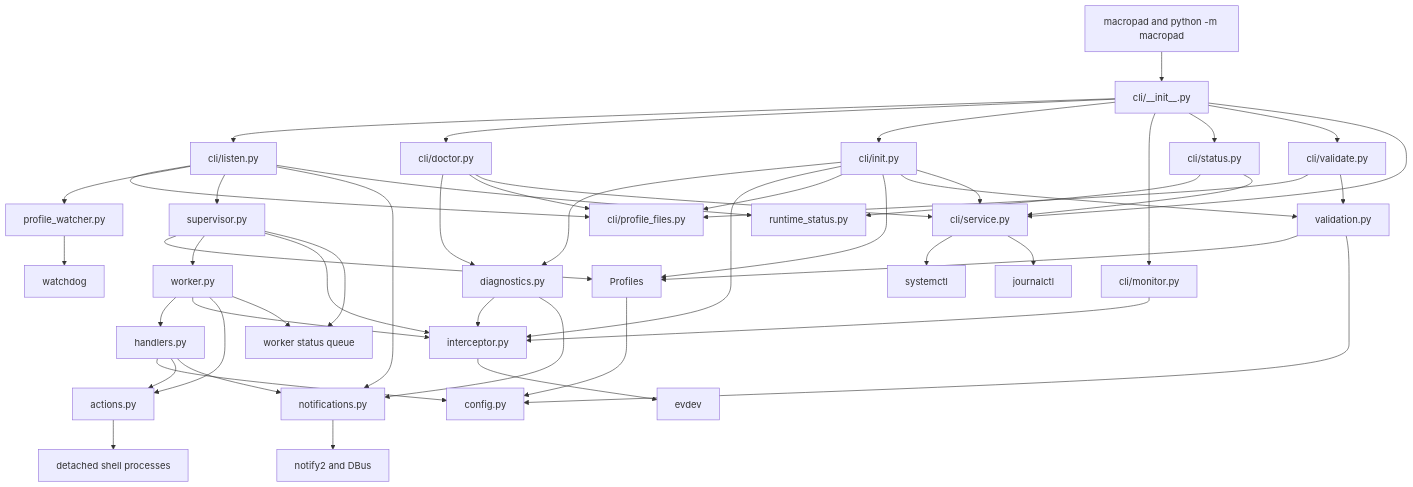
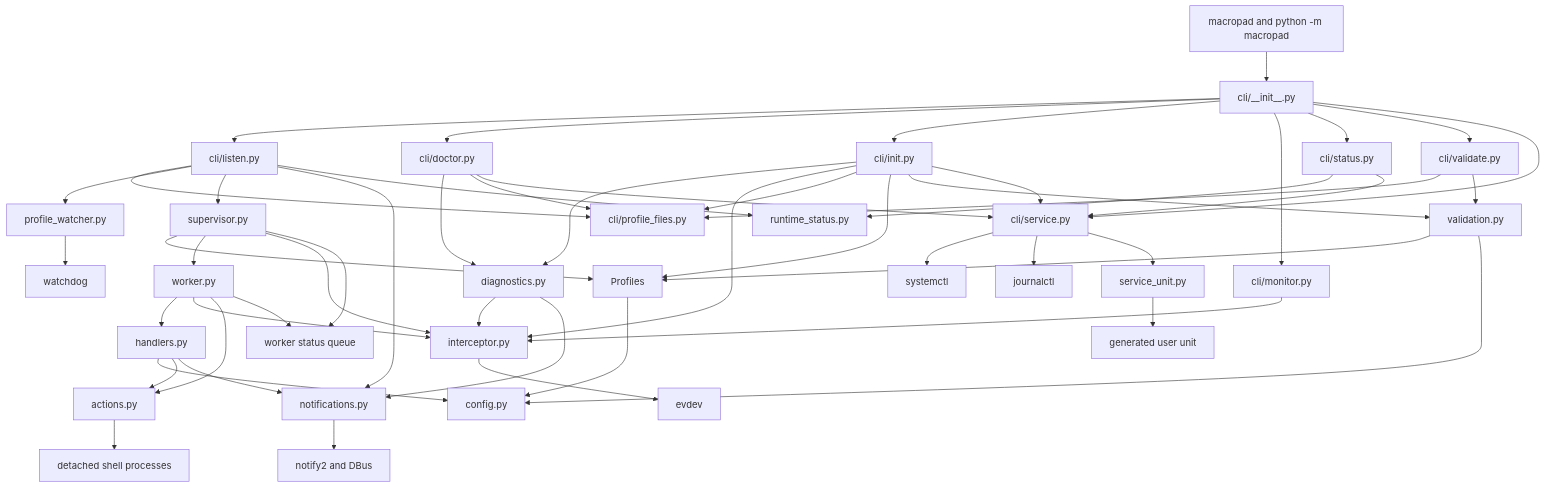
The first of 4 diagrams in src/macropad/README.md (rafaelglikis/macropad), drawn with Mermaid before and after one commit. The commit also changed other lines of this file and 23 other files, not shown here.

````diff
--- a/src/macropad/README.md
+++ b/src/macropad/README.md
@@ -41,62 +42,64 @@
 ```mermaid
 flowchart TD
     Entrypoints[macropad and python -m macropad] --> CLI[cli/__init__.py]
     CLI --> Listen[cli/listen.py]
     CLI --> Doctor[cli/doctor.py]
     CLI --> Init[cli/init.py]
     CLI --> Monitor[cli/monitor.py]
     CLI --> Status[cli/status.py]
     CLI --> ValidateCommand[cli/validate.py]
     CLI --> Service[cli/service.py]
 
     Listen --> ProfileFiles[cli/profile_files.py]
     Listen --> ProfileWatcher[profile_watcher.py]
     Listen --> Supervisor[supervisor.py]
     Listen --> Notifications[notifications.py]
     Listen --> RuntimeStatus[runtime_status.py]
 
     Doctor --> Diagnostics[diagnostics.py]
     Doctor --> ProfileFiles
     Doctor --> Service
     Diagnostics --> Interceptor[interceptor.py]
     Diagnostics --> Notifications
 
     Init --> Diagnostics
     Init --> Interceptor
     Init --> ProfileFiles
     Init --> Profiles
     Init --> Validation
     Init --> Service
 
     Monitor --> Interceptor
     Status --> RuntimeStatus
     Status --> Service
 
     ValidateCommand --> ProfileFiles
     ValidateCommand --> Validation[validation.py]
 
     Supervisor --> Profiles
     Supervisor --> Worker[worker.py]
     Supervisor --> Interceptor
 
     Validation --> Profiles
     Validation --> Config
     Profiles --> Config[config.py]
     ProfileWatcher --> Watchdog[watchdog]
     Service --> Systemd[systemctl]
     Service --> Journal[journalctl]
+    Service --> ServiceUnit[service_unit.py]
+    ServiceUnit --> UnitFile[generated user unit]
 
     Worker --> Handler[handlers.py]
     Worker --> Interceptor
     Worker --> Actions
     Worker --> StatusQueue[worker status queue]
     Supervisor --> StatusQueue
 
     Handler --> Config
     Handler --> Actions[actions.py]
     Handler --> Notifications
 
     Interceptor --> Evdev[evdev]
     Actions --> Shell[detached shell processes]
     Notifications --> Notify2[notify2 and DBus]
 ```
````
